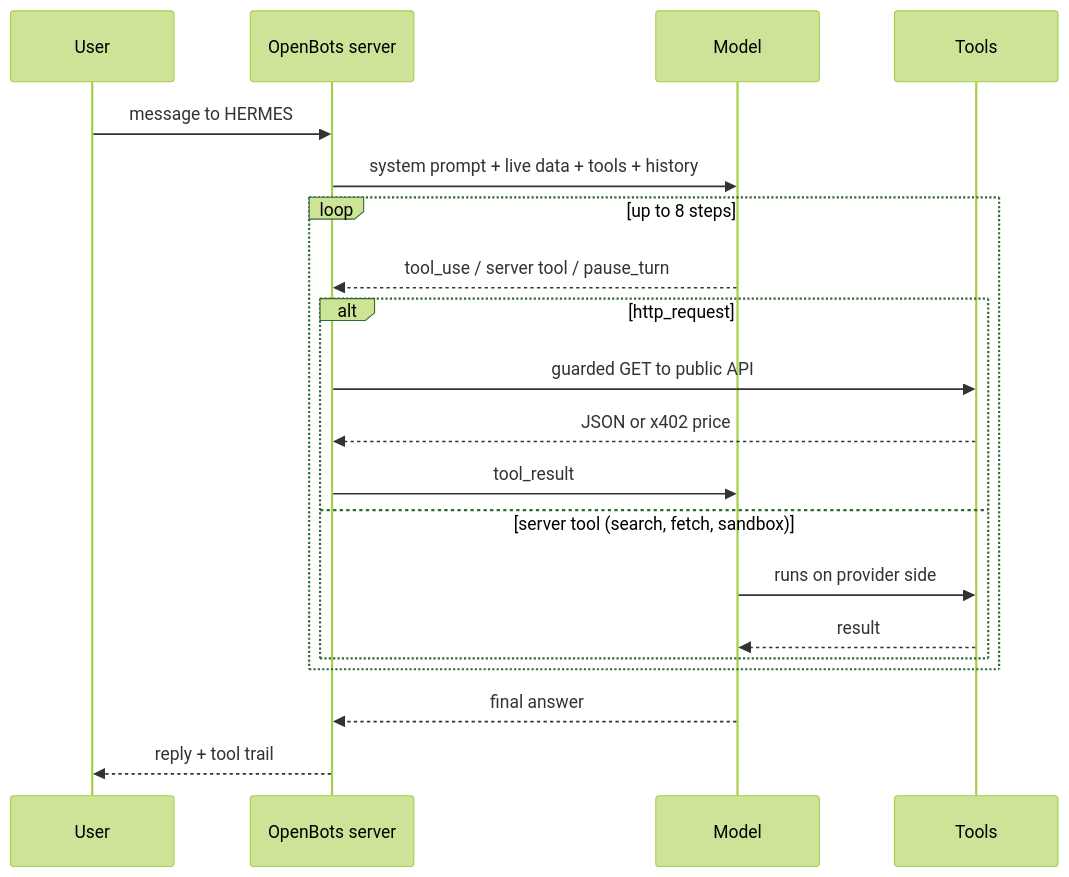
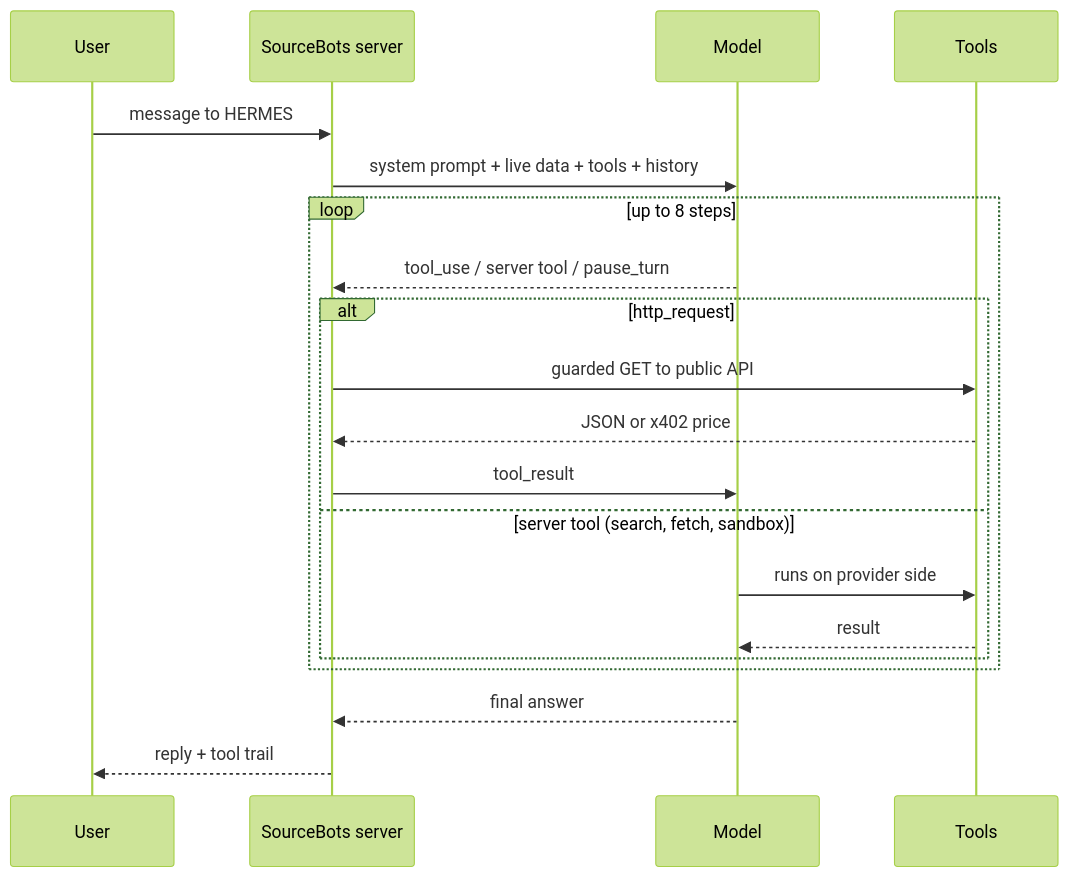
Before and after one commit to alexvladimirovich888/agnes123: the second of 2 diagrams in README.md, drawn with Mermaid (forest theme). The commit also changed other lines of this file and 68 other files, not shown here.

First line of the commit message:
SourceBots: new brand, 3D agents with faces and props, new landing page

````diff
--- a/README.md
+++ b/README.md
@@ -179,23 +179,23 @@
 ```mermaid
 sequenceDiagram
     participant U as User
-    participant S as OpenBots server
+    participant S as SourceBots server
     participant M as Model
     participant T as Tools
 
     U->>S: message to HERMES
     S->>M: system prompt + live data + tools + history
     loop up to 8 steps
         M-->>S: tool_use / server tool / pause_turn
         alt http_request
             S->>T: guarded GET to public API
             T-->>S: JSON or x402 price
             S->>M: tool_result
         else server tool (search, fetch, sandbox)
             M->>T: runs on provider side
             T-->>M: result
         end
     end
     M-->>S: final answer
     S-->>U: reply + tool trail
 ```
````
